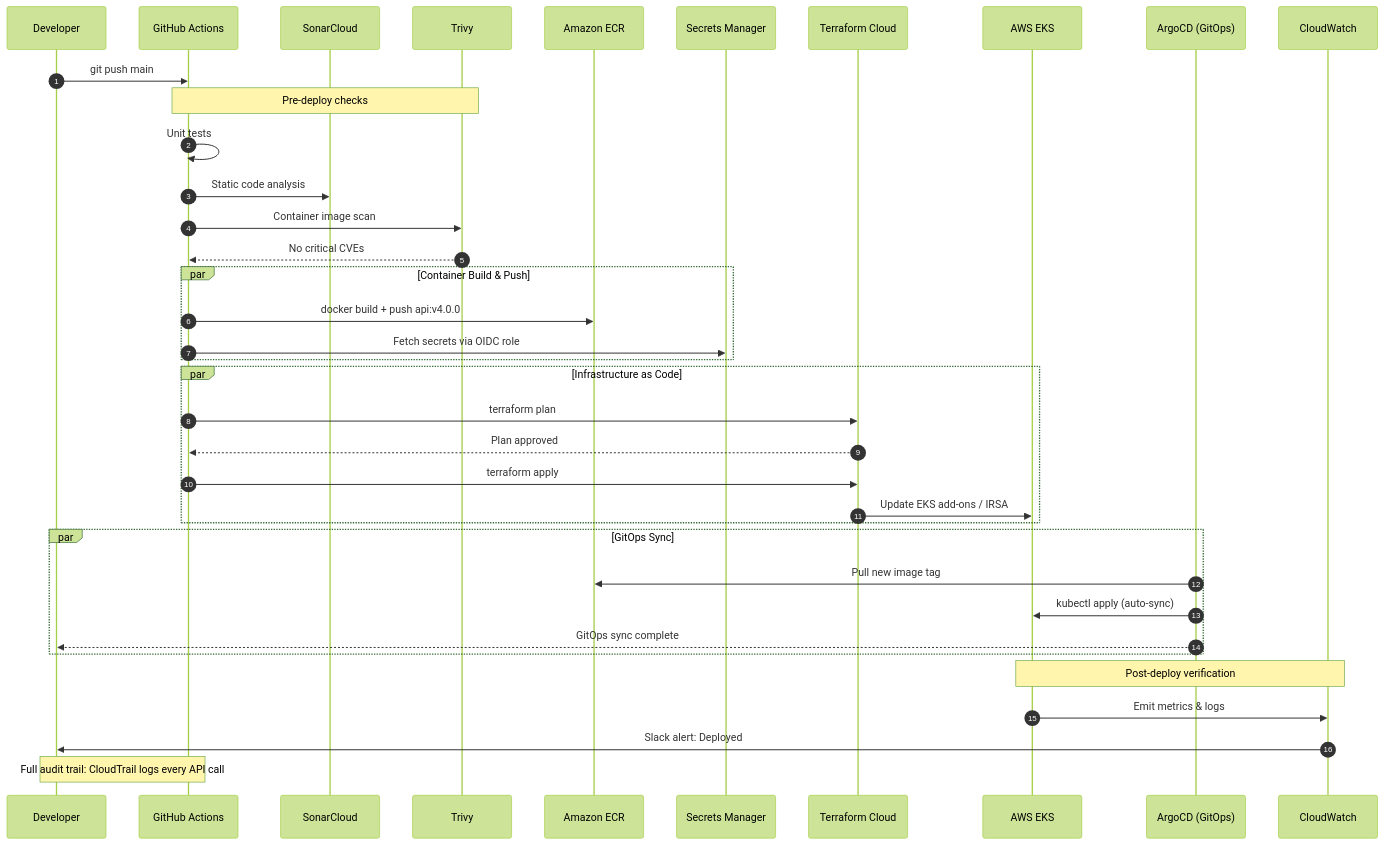
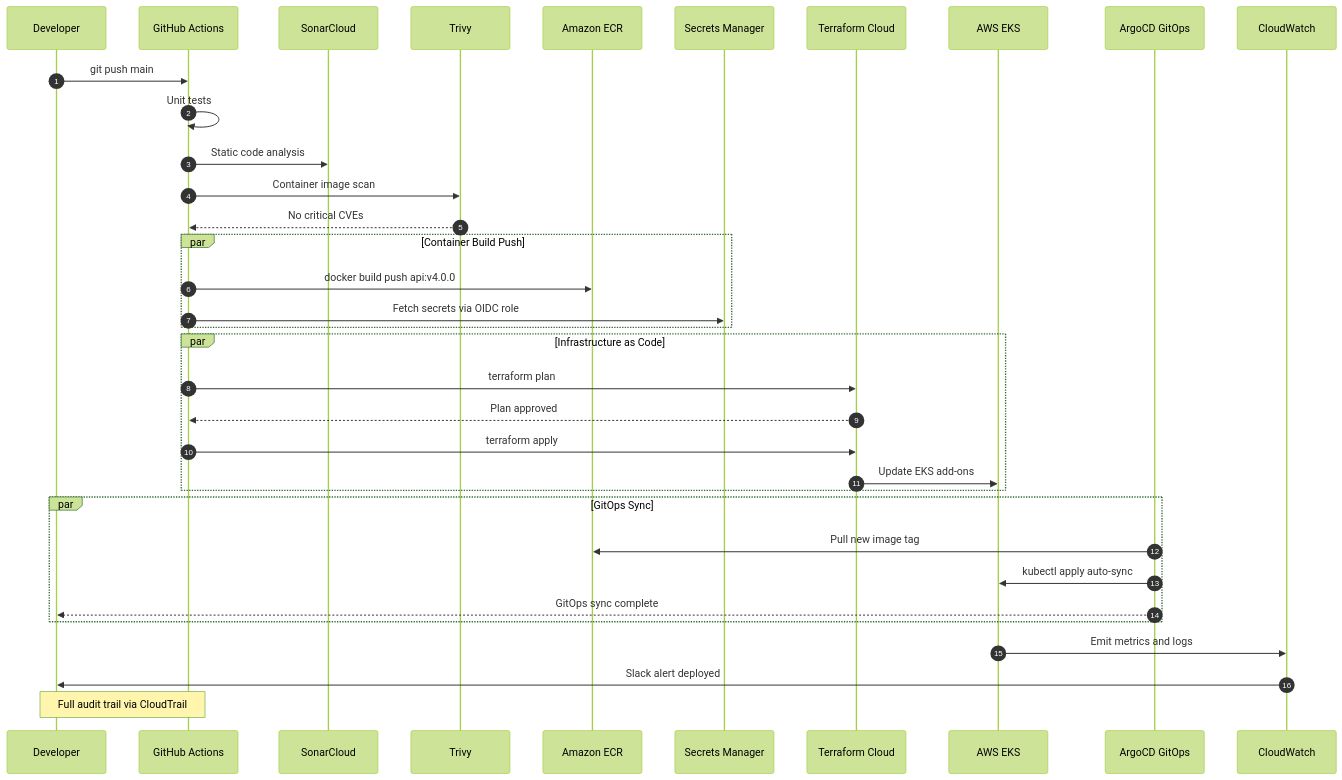
Before and after one commit to DurianLAB/hetzner-to-eks: the tenth of 10 diagrams in README.md, drawn with Mermaid (forest theme). The commit also changed other lines of this file, not shown here.

````diff
--- a/README.md
+++ b/README.md
@@ -580,46 +493,43 @@
 ```mermaid
 sequenceDiagram
     autonumber
     participant DEV as Developer
     participant GH as GitHub Actions
     participant SONAR as SonarCloud
     participant TRIVY as Trivy
     participant ECR as Amazon ECR
     participant SM as Secrets Manager
     participant TERRAFORM as Terraform Cloud
     participant EKS as AWS EKS
-    participant ARGOCD as ArgoCD (GitOps)
+    participant ARGOCD as ArgoCD GitOps
     participant CW as CloudWatch
 
     DEV->>GH: git push main
-
-    Note over GH,TRIVY: Pre-deploy checks
     GH->>GH: Unit tests
     GH->>SONAR: Static code analysis
     GH->>TRIVY: Container image scan
     TRIVY-->>GH: No critical CVEs
 
-    par Container Build & Push
-        GH->>ECR: docker build + push api:v4.0.0
+    par Container Build Push
+        GH->>ECR: docker build push api:v4.0.0
         GH->>SM: Fetch secrets via OIDC role
     end
 
     par Infrastructure as Code
         GH->>TERRAFORM: terraform plan
         TERRAFORM-->>GH: Plan approved
         GH->>TERRAFORM: terraform apply
-        TERRAFORM->>EKS: Update EKS add-ons / IRSA
+        TERRAFORM->>EKS: Update EKS add-ons
     end
 
     par GitOps Sync
         ARGOCD->>ECR: Pull new image tag
-        ARGOCD->>EKS: kubectl apply (auto-sync)
+        ARGOCD->>EKS: kubectl apply auto-sync
         ARGOCD-->>DEV: GitOps sync complete
     end
 
-    Note over EKS,CW: Post-deploy verification
-    EKS->>CW: Emit metrics & logs
-    CW->>DEV: Slack alert: Deployed
+    EKS->>CW: Emit metrics and logs
+    CW->>DEV: Slack alert deployed
 
-    Note over GH,DEV: Full audit trail: CloudTrail logs every API call
+    Note over GH,DEV: Full audit trail via CloudTrail
 ```
````
